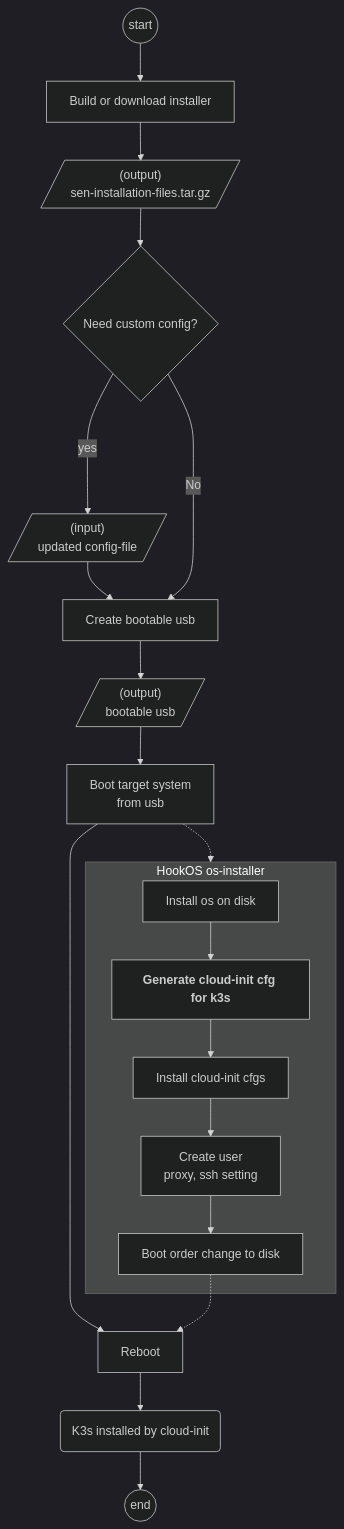
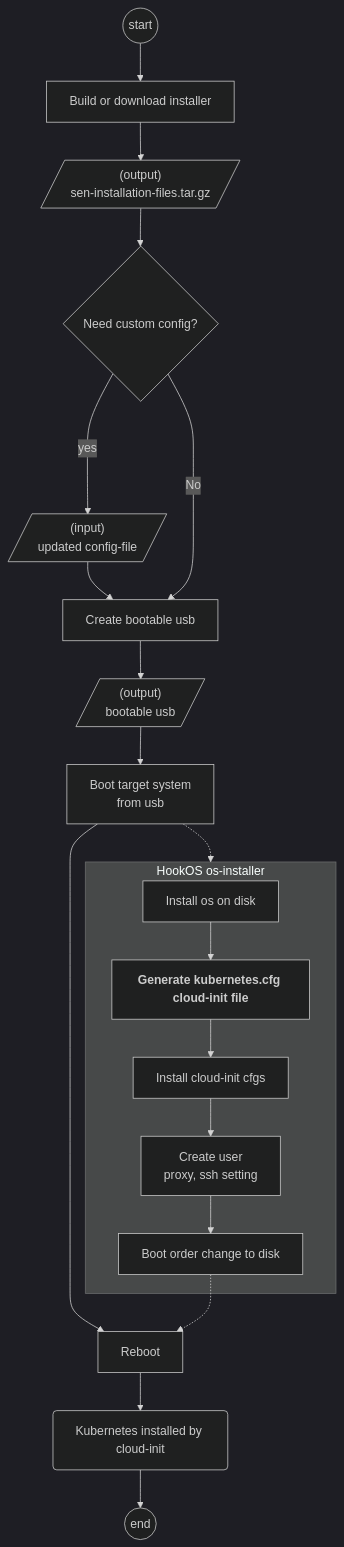
One commit to sgolebiewski-intel/edge-microvisor-toolkit-standalone-node changed the diagram in standalone-node/design-proposals/k8s-installer.md. Above: the diagram before and after it, drawn with Mermaid (dark theme). The commit also changed other lines of this file, not shown here.

````diff
--- a/standalone-node/design-proposals/k8s-installer.md
+++ b/standalone-node/design-proposals/k8s-installer.md
@@ -17,23 +17,23 @@
 ```mermaid
 flowchart TD
     a((start)) -->
     b["Build or download installer"] -->
     c@{shape: lean-r, label: "(output)</br>sen-installation-files.tar.gz"} -->
     d{"Need custom config?"} --> |yes| e@{shape: lean-r, label: "(input)</br>updated config-file"} -->
     f["Create bootable usb"]
     d ---->|No |f -->
     g@{shape: lean-r, label: "(output)</br>bootable usb"} -->
     i["Boot target system</br>from usb"] --> j
     j["Reboot"] -->
-    k("K3s installed by cloud-init") -->
+    k("Kubernetes installed by cloud-init") -->
     l((end))
     subgraph hook[HookOS os-installer]
         h1["Install os on disk"] -->
-        h2["`**Generate cloud-init cfg for k3s**`"] -->
+        h2["`**Generate kubernetes.cfg cloud-init file**`"] -->
         h3["Install cloud-init cfgs"] -->
         h4["Create user</br>proxy, ssh setting"] -->
         h5["Boot order change to disk"]
     end
     i -.-> hook
     h5 -.-> j
 ```
````
